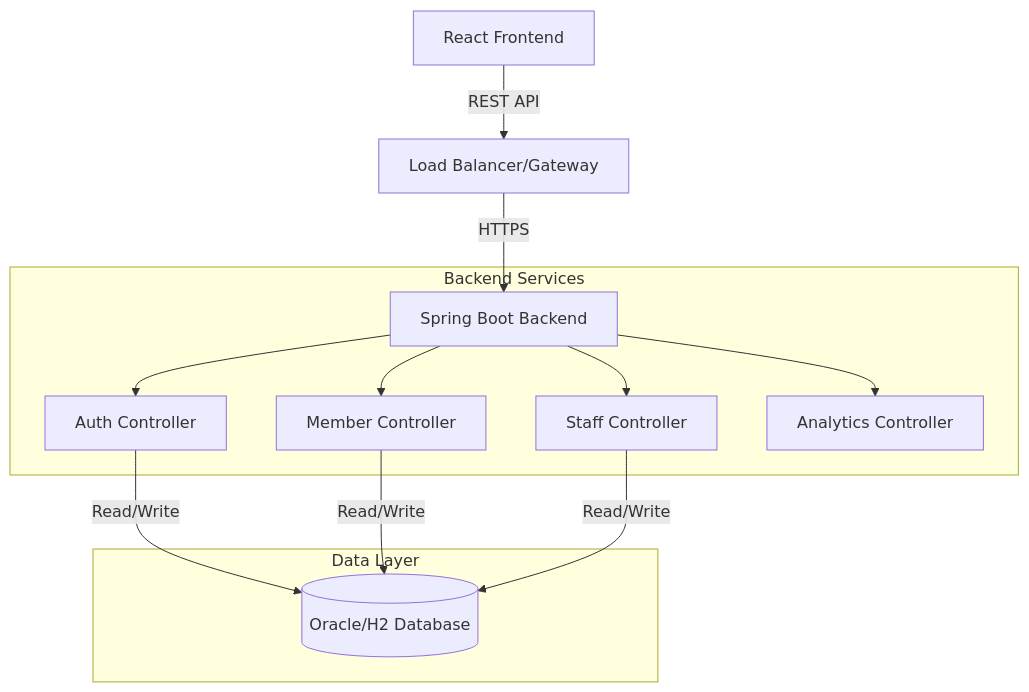
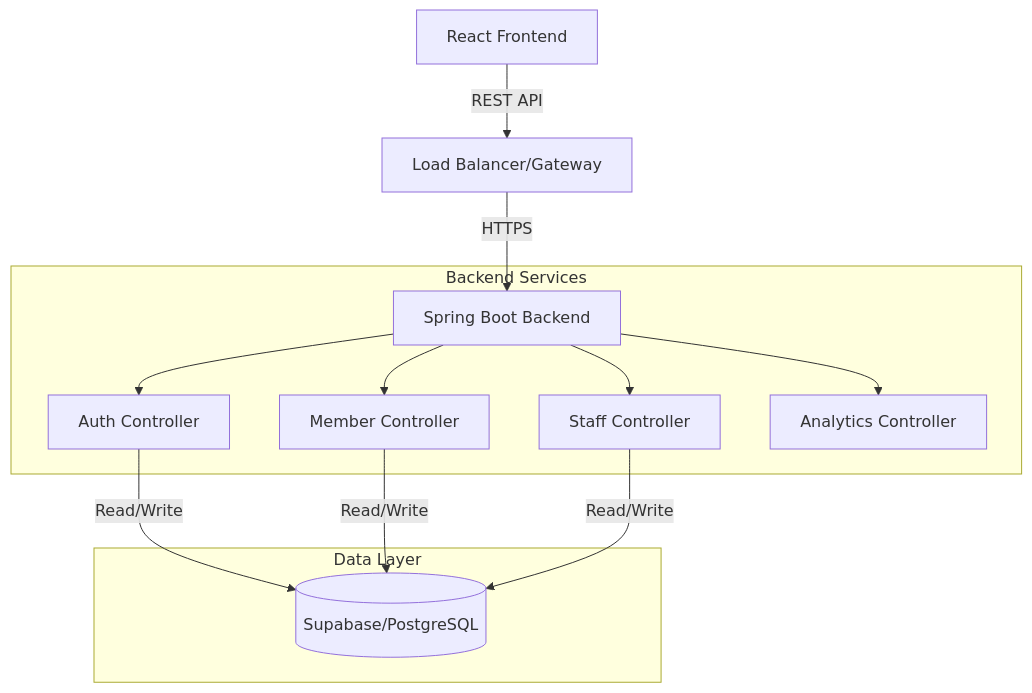
The diagram in ARCHITECTURE.md (coded-with-aryan0426/gym-management-system-fullstack), drawn with Mermaid before and after one commit. The commit also changed 2 other files, not shown here.

Commit message:
Migrate to Supabase/PostgreSQL and Secure Config
- Config: Updated `application-prod.properties` for Supabase (PostgreSQL) using Env Vars.
- Config: Replaced Oracle JDBC with PostgreSQL driver in `pom.xml`.
- Config: Added multi-stage `Dockerfile` defaulting to 'prod' profile.
- Logic: Added `@Version` for optimistic locking in `PTSession`.
- Logic: Refactored Controllers to use GlobalExceptionHandler and Deprecated unpaginated list methods.
- UI: Polished Dashboard CSS for compact design.
- UI: Updated Dashboard logic to handle API failures gracefully.
- Docs: Updated `ARCHITECTURE.md` to reflect new stack.

````diff
--- a/ARCHITECTURE.md
+++ b/ARCHITECTURE.md
@@ -23,18 +23,18 @@
 ```mermaid
 graph TD
     Client[React Frontend] -->|REST API| LB[Load Balancer/Gateway]
     LB -->|HTTPS| API[Spring Boot Backend]
     
     subgraph "Backend Services"
         API --> Auth[Auth Controller]
         API --> Member[Member Controller]
         API --> Staff[Staff Controller]
         API --> Reporting[Analytics Controller]
     end
     
     subgraph "Data Layer"
-        Auth -->|Read/Write| DB[(Oracle/H2 Database)]
+        Auth -->|Read/Write| DB[(Supabase/PostgreSQL)]
         Member -->|Read/Write| DB
         Staff -->|Read/Write| DB
     end
 ```
````
